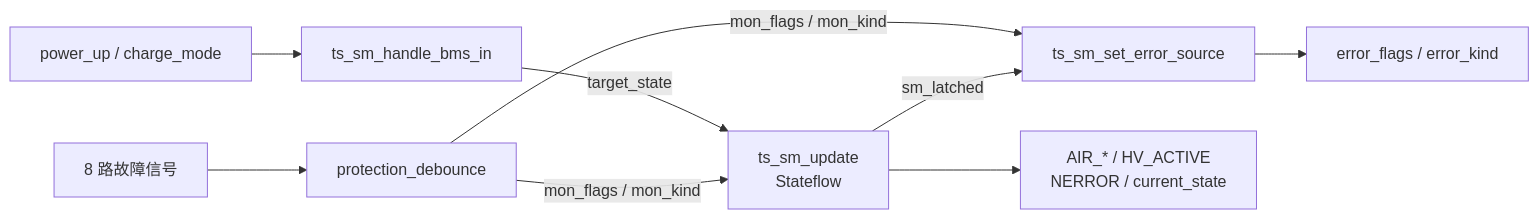
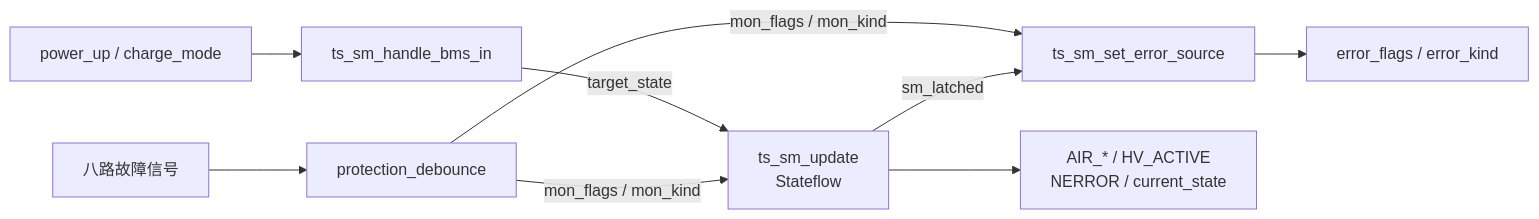
The diagram in README.md (Aurora-Electronic-BMS/BMS_MBD), drawn with Mermaid before and after one commit. The commit also changed other lines of this file and 3 other files, not shown here.

````diff
--- a/README.md
+++ b/README.md
@@ -43,11 +32,11 @@
 ```mermaid
 flowchart LR
-    F[8 路故障信号] --> P[protection_debounce]
+    F[八路故障信号] --> P[protection_debounce]
     P -->|mon_flags / mon_kind| S[ts_sm_update<br/>Stateflow]
     T[power_up / charge_mode] --> H[ts_sm_handle_bms_in]
     H -->|target_state| S
     S -->|sm_latched| M[ts_sm_set_error_source]
     P -->|mon_flags / mon_kind| M
     M --> E[error_flags / error_kind]
     S --> O[AIR_* / HV_ACTIVE<br/>NERROR / current_state]
 ```
````
